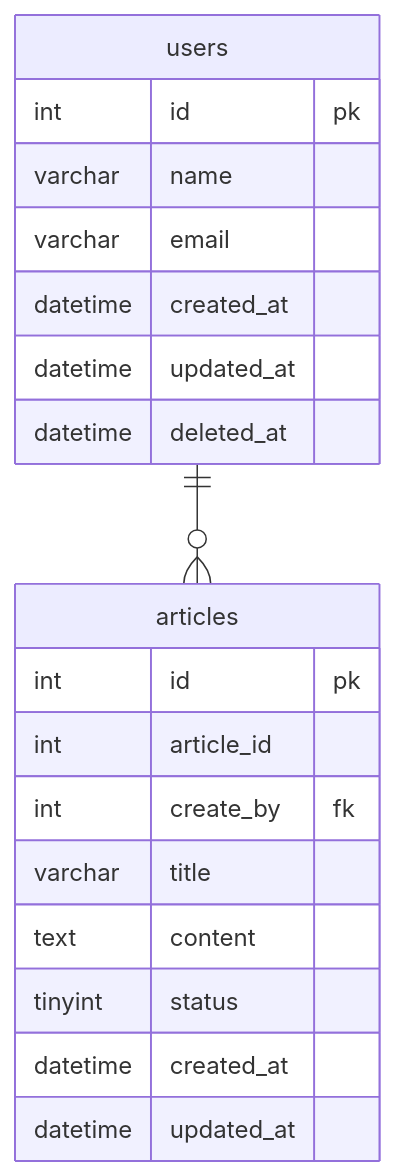
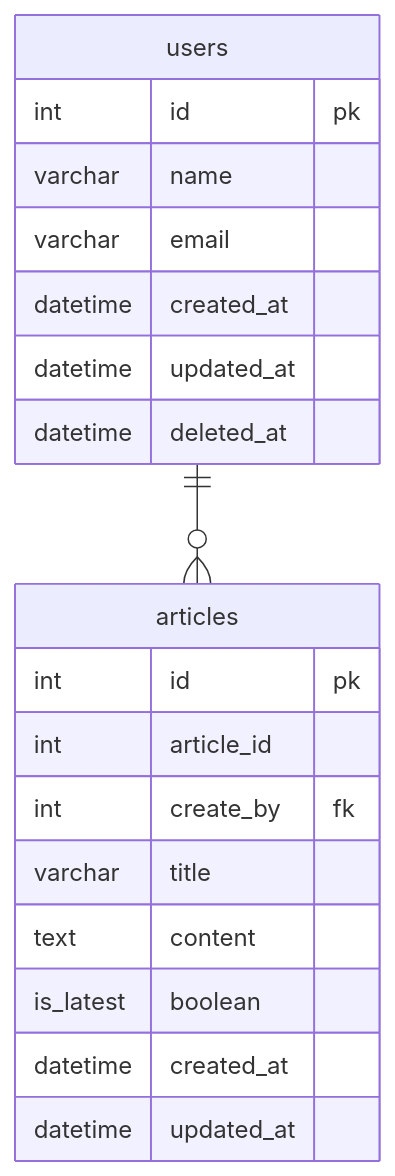
The diagram in データベースモデリング5/課題2/課題2.md (zyumax/pc_task), drawn with Mermaid before and after one commit. The commit also changed other lines of this file and 5 other files, not shown here.

````diff
--- a/データベースモデリング5/課題2/課題2.md
+++ b/データベースモデリング5/課題2/課題2.md
@@ -19,25 +19,25 @@
 ```mermaid
 erDiagram
 users {
   int id pk
   varchar name
   varchar email
   datetime created_at
   datetime updated_at
   datetime deleted_at
 }
 
 articles {
   int id pk
   int article_id 
   int create_by fk
   varchar title
   text content
-  tinyint status
+  is_latest boolean
   datetime created_at
   datetime updated_at
 }
 
 %% relations
 users ||--o{ articles : ""
 ```
````
